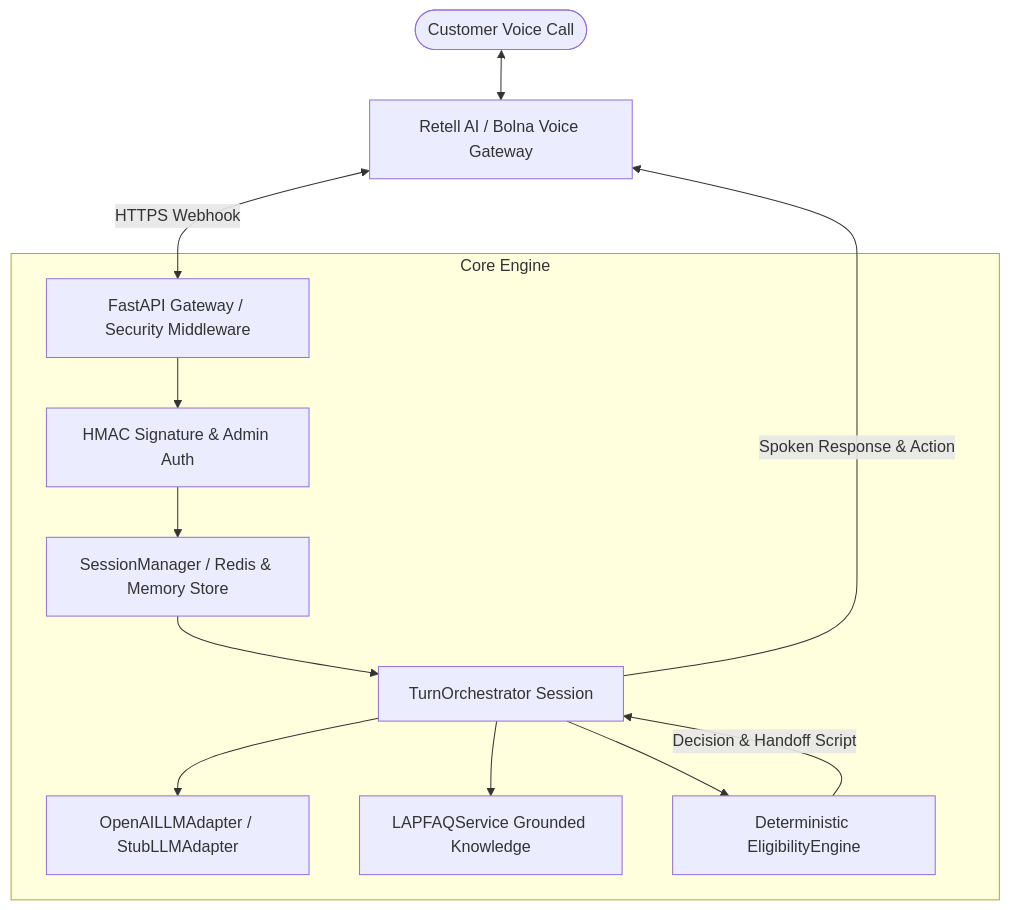
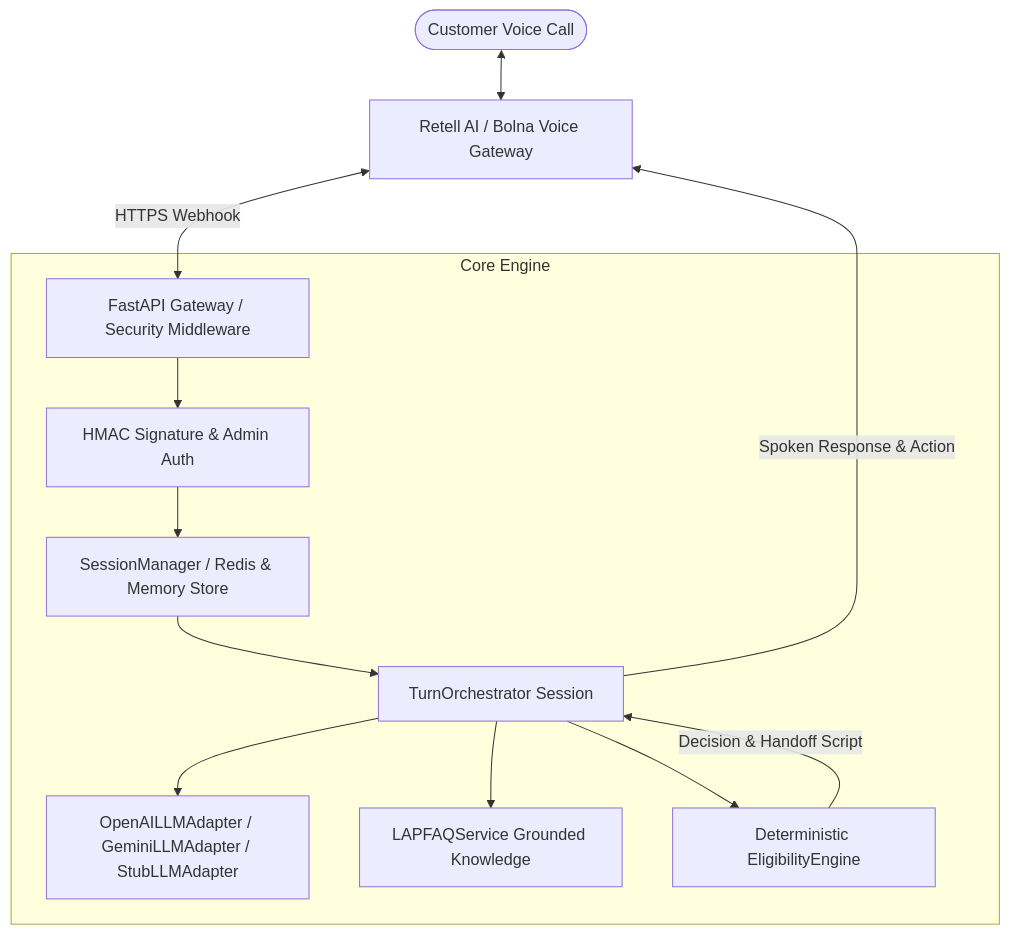
One commit to Vivek5143/CredVoice changed the first of 2 diagrams in README.md. Above: the diagram before and after it, drawn with Mermaid. The commit also changed other lines of this file and 6 other files, not shown here.

````diff
--- a/README.md
+++ b/README.md
@@ -11,17 +11,17 @@
 ```mermaid
 graph TD
     User([Customer Voice Call]) <--> Provider[Retell AI / Bolna Voice Gateway]
     Provider <-->|HTTPS Webhook| FastAPI[FastAPI Gateway / Security Middleware]
     
     subgraph Core Engine
         FastAPI --> Auth[HMAC Signature & Admin Auth]
         Auth --> SessionMgr[SessionManager / Redis & Memory Store]
         SessionMgr --> Orchestrator[TurnOrchestrator Session]
-        Orchestrator --> LLMAdapter[OpenAILLMAdapter / StubLLMAdapter]
+        Orchestrator --> LLMAdapter[OpenAILLMAdapter / GeminiLLMAdapter / StubLLMAdapter]
         Orchestrator --> KB[LAPFAQService Grounded Knowledge]
         Orchestrator --> RulesEngine[Deterministic EligibilityEngine]
     end
     
     RulesEngine -->|Decision & Handoff Script| Orchestrator
     Orchestrator -->|Spoken Response & Action| Provider
 ```
````
